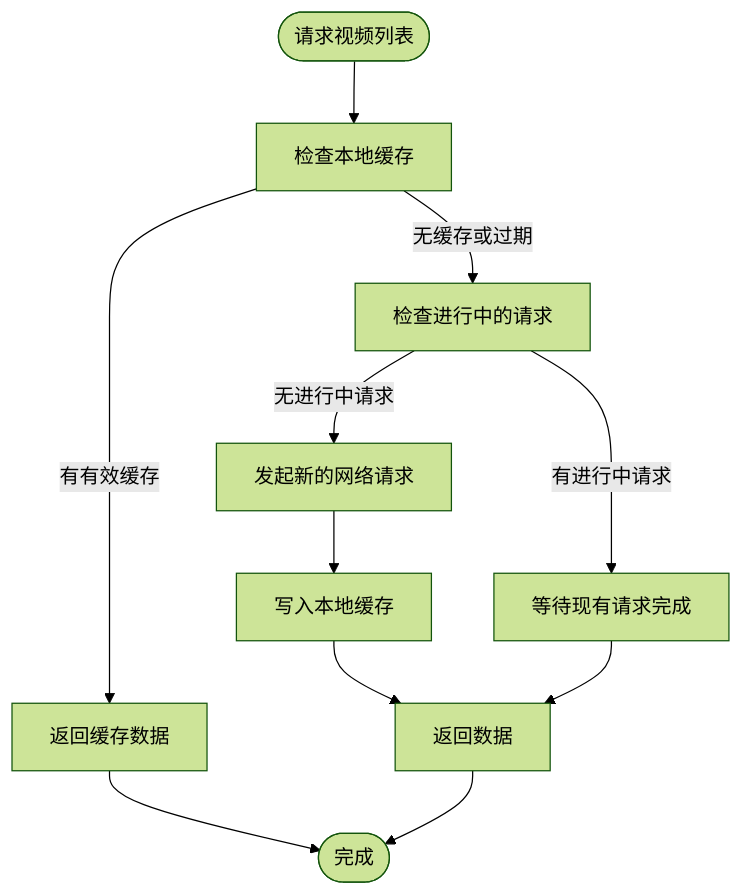
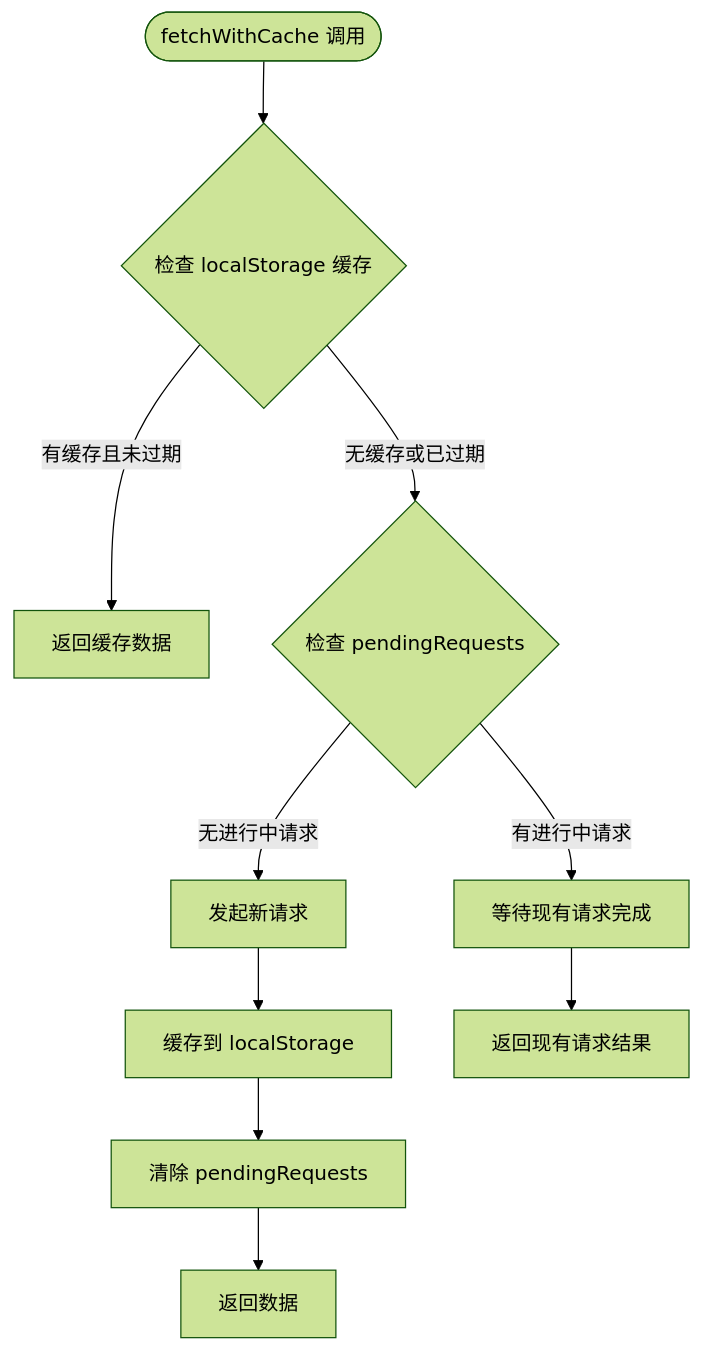
Before and after one commit to RadiumAg/bilibili-favorites: the fifth of 11 diagrams in .qoder/repowiki/zh/content/核心功能模块/收藏夹管理系统.md, drawn with Mermaid (forest theme). The commit also changed other lines of this file and 27 other files, not shown here.

````diff
--- a/.qoder/repowiki/zh/content/核心功能模块/收藏夹管理系统.md
+++ b/.qoder/repowiki/zh/content/核心功能模块/收藏夹管理系统.md
@@ -263,13 +281,12 @@
 ```mermaid
 flowchart TD
-Start(["请求视频列表"]) --> CheckCache["检查本地缓存"]
-CheckCache --> |有有效缓存| ReturnCache["返回缓存数据"]
-CheckCache --> |无缓存或过期| CheckPending["检查进行中的请求"]
+Start(["fetchWithCache 调用"]) --> CheckCache{"检查 localStorage 缓存"}
+CheckCache --> |有缓存且未过期| ReturnCache["返回缓存数据"]
+CheckCache --> |无缓存或已过期| CheckPending{"检查 pendingRequests"}
 CheckPending --> |有进行中请求| WaitPending["等待现有请求完成"]
-CheckPending --> |无进行中请求| MakeRequest["发起新的网络请求"]
-MakeRequest --> CacheData["写入本地缓存"]
-CacheData --> ReturnData["返回数据"]
-WaitPending --> ReturnData
-ReturnCache --> End(["完成"])
-ReturnData --> End
+CheckPending --> |无进行中请求| MakeRequest["发起新请求"]
+MakeRequest --> CacheData["缓存到 localStorage"]
+CacheData --> ClearPending["清除 pendingRequests"]
+ClearPending --> ReturnData["返回数据"]
+WaitPending --> ReturnExisting["返回现有请求结果"]
 ```
````
